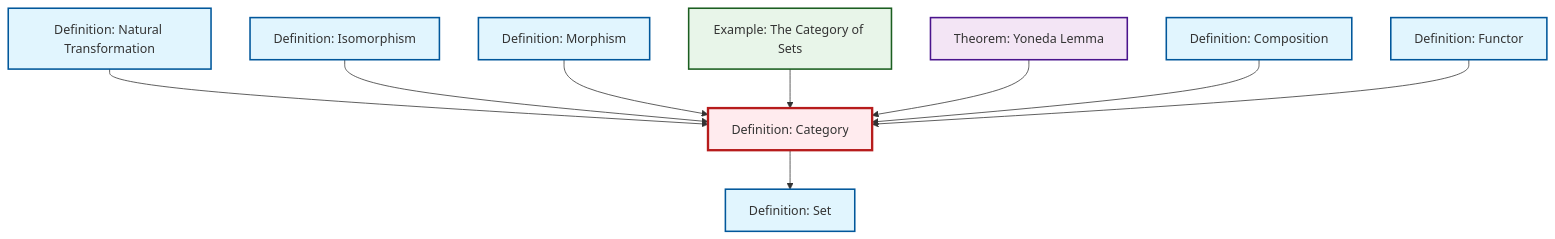
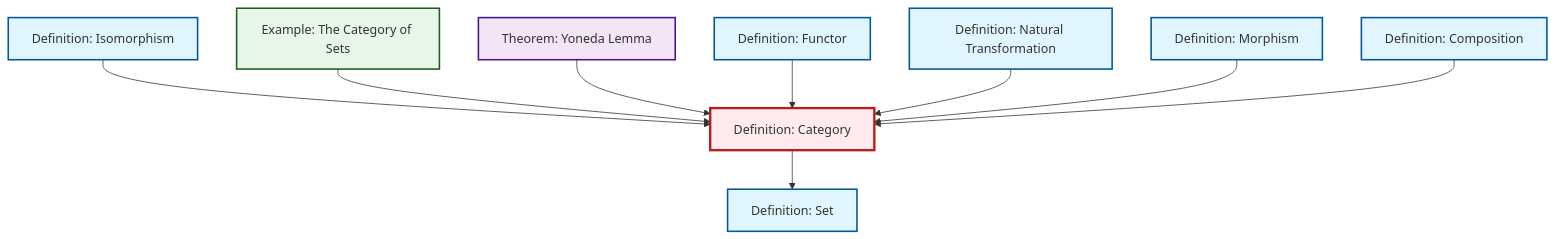
One commit to RK0429/ModernMath changed the diagram in content/en/category-theory/def-category.qmd. Above: the diagram before and after it, drawn with Mermaid. The commit also changed other lines of this file and 417 other files, not shown here.

````diff
--- a/content/en/category-theory/def-category.qmd
+++ b/content/en/category-theory/def-category.qmd
@@ -46,35 +46,35 @@
 ```{mermaid}
 %%| fig-cap: "Local dependency graph"
 graph TD
     classDef definition fill:#e1f5fe,stroke:#01579b,stroke-width:2px
     classDef theorem fill:#f3e5f5,stroke:#4a148c,stroke-width:2px
     classDef axiom fill:#fff3e0,stroke:#e65100,stroke-width:2px
     classDef example fill:#e8f5e9,stroke:#1b5e20,stroke-width:2px
     classDef current fill:#ffebee,stroke:#b71c1c,stroke-width:3px
+    def-natural-transformation["Definition: Natural Transformation"]:::definition
+    def-functor["Definition: Functor"]:::definition
+    def-category["Definition: Category"]:::definition
+    def-morphism["Definition: Morphism"]:::definition
+    thm-yoneda["Theorem: Yoneda Lemma"]:::theorem
     def-composition["Definition: Composition"]:::definition
     def-isomorphism["Definition: Isomorphism"]:::definition
-    thm-yoneda["Theorem: Yoneda Lemma"]:::theorem
-    def-category["Definition: Category"]:::definition
     def-set["Definition: Set"]:::definition
     ex-set-category["Example: The Category of Sets"]:::example
-    def-functor["Definition: Functor"]:::definition
-    def-morphism["Definition: Morphism"]:::definition
-    def-natural-transformation["Definition: Natural Transformation"]:::definition
-    def-natural-transformation --> def-category
-    def-category --> def-set
     def-isomorphism --> def-category
-    def-morphism --> def-category
     ex-set-category --> def-category
     thm-yoneda --> def-category
+    def-functor --> def-category
+    def-category --> def-set
+    def-natural-transformation --> def-category
+    def-morphism --> def-category
     def-composition --> def-category
-    def-functor --> def-category
     class def-category current
+    click def-natural-transformation "def-natural-transformation.html" "Go to Natural Transformation definition"
+    click def-functor "def-functor.html" "Go to Functor definition"
+    click def-morphism "def-morphism.html" "Go to Morphism definition"
+    click thm-yoneda "thm-yoneda.html" "Go to Yoneda Lemma theorem"
     click def-composition "def-composition.html" "Go to Composition definition"
     click def-isomorphism "def-isomorphism.html" "Go to Isomorphism definition"
-    click thm-yoneda "thm-yoneda.html" "Go to Yoneda Lemma theorem"
     click def-set "def-set.html" "Go to Set definition"
     click ex-set-category "ex-set-category.html" "Go to The Category of Sets example"
-    click def-functor "def-functor.html" "Go to Functor definition"
-    click def-morphism "def-morphism.html" "Go to Morphism definition"
-    click def-natural-transformation "def-natural-transformation.html" "Go to Natural Transformation definition"
 ```
````
